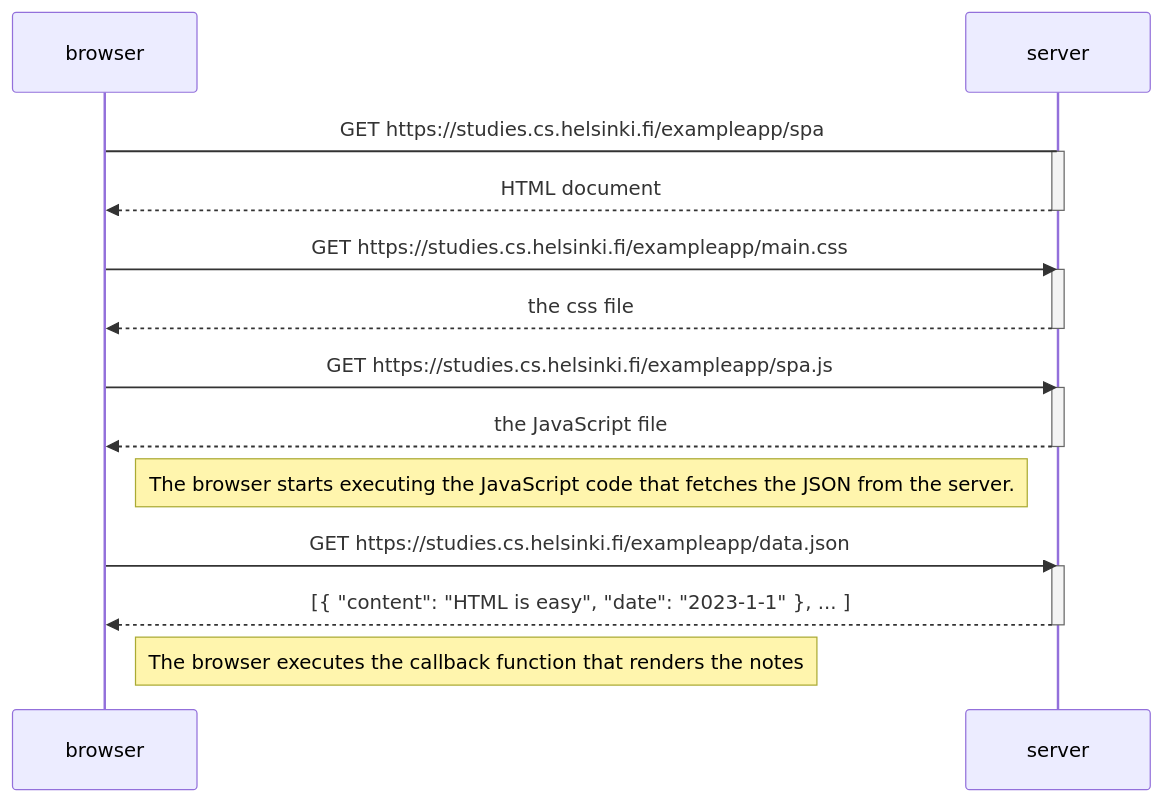
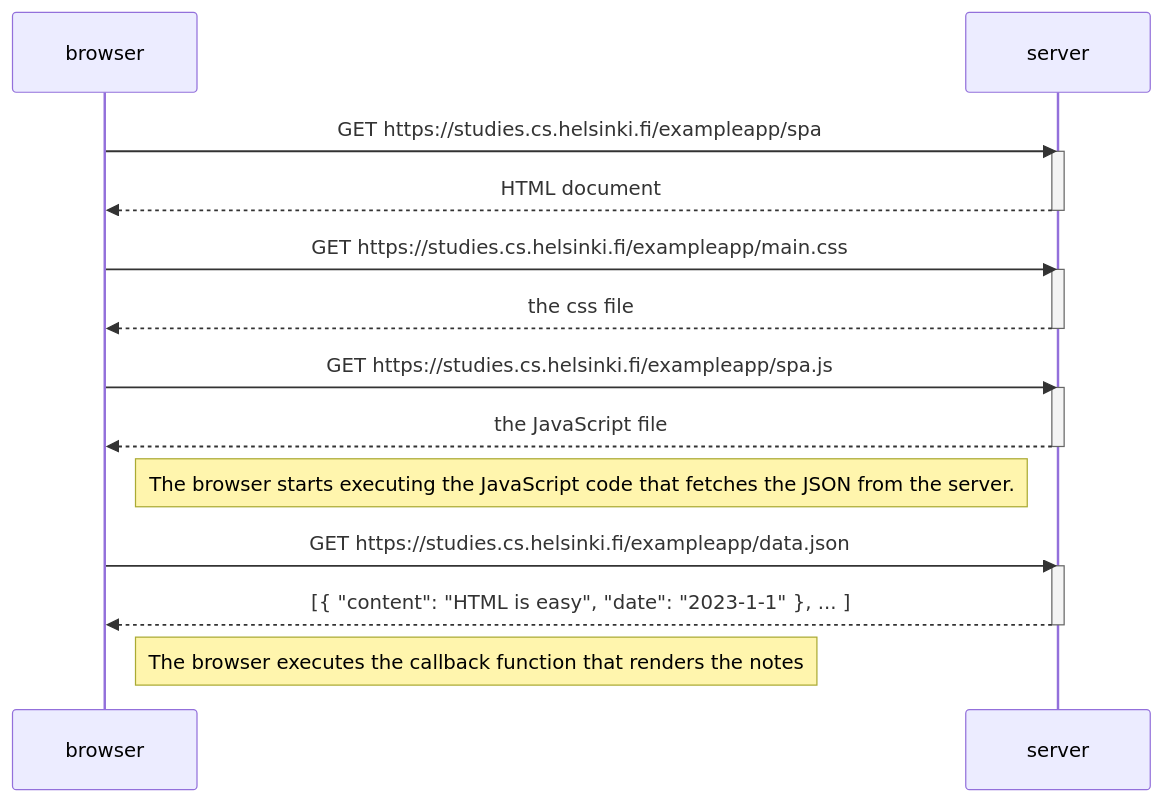
The diagram in part0/Ex0.5.md (bijojoseph16/fullstackopen), drawn with Mermaid before and after one commit.

Commit message:
Update Ex0.5.md
fix typo

````diff
--- a/part0/Ex0.5.md
+++ b/part0/Ex0.5.md
@@ -1,29 +1,29 @@
 ```mermaid
 sequenceDiagram
     participant browser
     participant server
 
-    browser -> server : GET https://studies.cs.helsinki.fi/exampleapp/spa
+    browser ->> server : GET https://studies.cs.helsinki.fi/exampleapp/spa
     activate server
     server -->> browser : HTML document 
     deactivate server
 
     browser->>server: GET https://studies.cs.helsinki.fi/exampleapp/main.css
     activate server
     server-->>browser: the css file
     deactivate server
 
     browser->>server: GET https://studies.cs.helsinki.fi/exampleapp/spa.js
     activate server
     server-->>browser: the JavaScript file
     deactivate server
 
     Note right of browser: The browser starts executing the JavaScript code that fetches the JSON from the server.
 
     browser->>server: GET https://studies.cs.helsinki.fi/exampleapp/data.json
     activate server
     server-->>browser: [{ "content": "HTML is easy", "date": "2023-1-1" }, ... ]
     deactivate server
 
     Note right of browser: The browser executes the callback function that renders the notes
 ```
````
